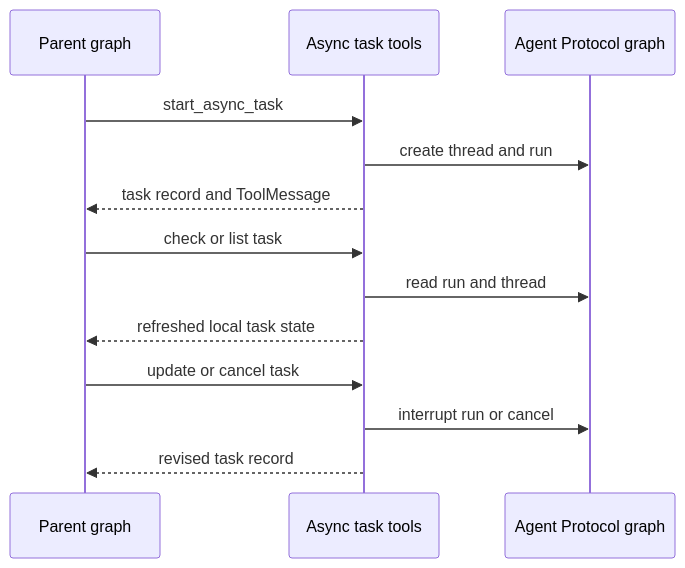
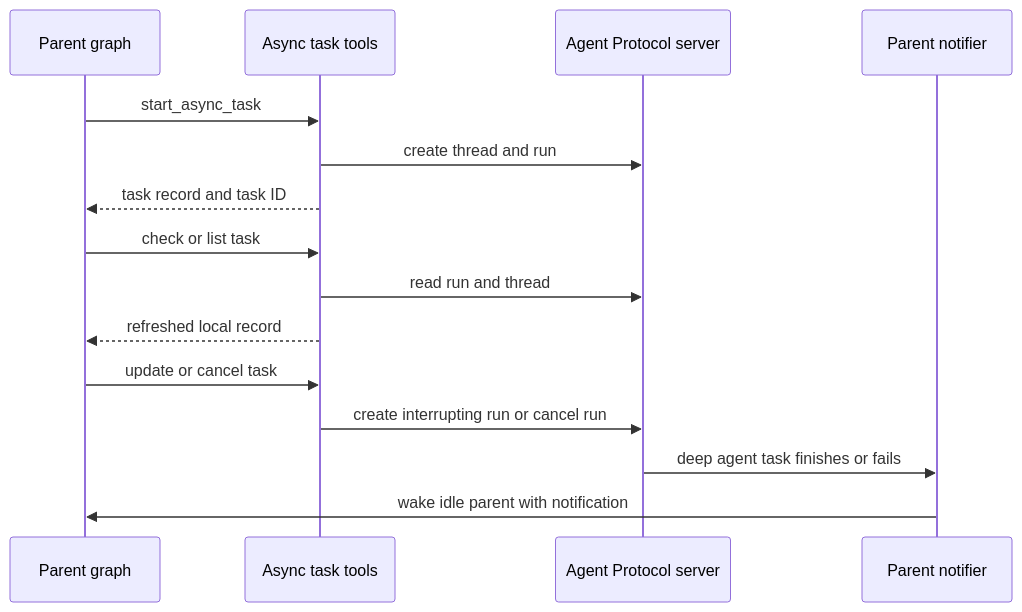
One commit to langchain-ai/deepagents changed the second of 2 diagrams in openwiki/architecture/sdk-construction-execution.md. Above: the diagram before and after it, drawn with Mermaid. The commit also changed other lines of this file and 28 other files, not shown here.

````diff
--- a/openwiki/architecture/sdk-construction-execution.md
+++ b/openwiki/architecture/sdk-construction-execution.md
@@ -93,15 +97,17 @@
 ```mermaid
 sequenceDiagram
     participant Parent as Parent graph
-    participant Tools as Async task tools
-    participant Remote as Agent Protocol graph
-    Parent->>Tools: start_async_task
-    Tools->>Remote: create thread and run
-    Tools-->>Parent: task record and ToolMessage
-    Parent->>Tools: check or list task
-    Tools->>Remote: read run and thread
-    Tools-->>Parent: refreshed local task state
-    Parent->>Tools: update or cancel task
-    Tools->>Remote: interrupt run or cancel
-    Tools-->>Parent: revised task record
+    participant AsyncTools as Async task tools
+    participant Server as Agent Protocol server
+    participant Notifier as Parent notifier
+    Parent->>AsyncTools: start_async_task
+    AsyncTools->>Server: create thread and run
+    AsyncTools-->>Parent: task record and task ID
+    Parent->>AsyncTools: check or list task
+    AsyncTools->>Server: read run and thread
+    AsyncTools-->>Parent: refreshed local record
+    Parent->>AsyncTools: update or cancel task
+    AsyncTools->>Server: create interrupting run or cancel run
+    Server->>Notifier: deep agent task finishes or fails
+    Notifier->>Parent: wake idle parent with notification
 ```
````
